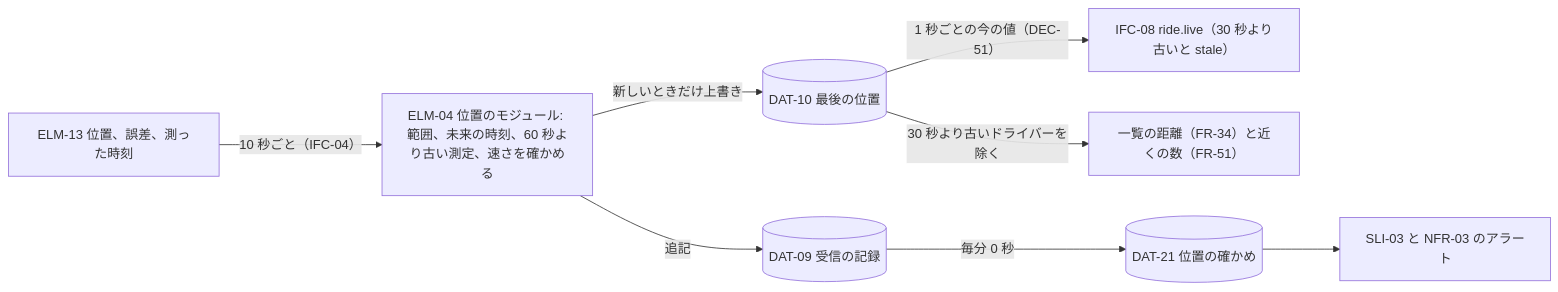
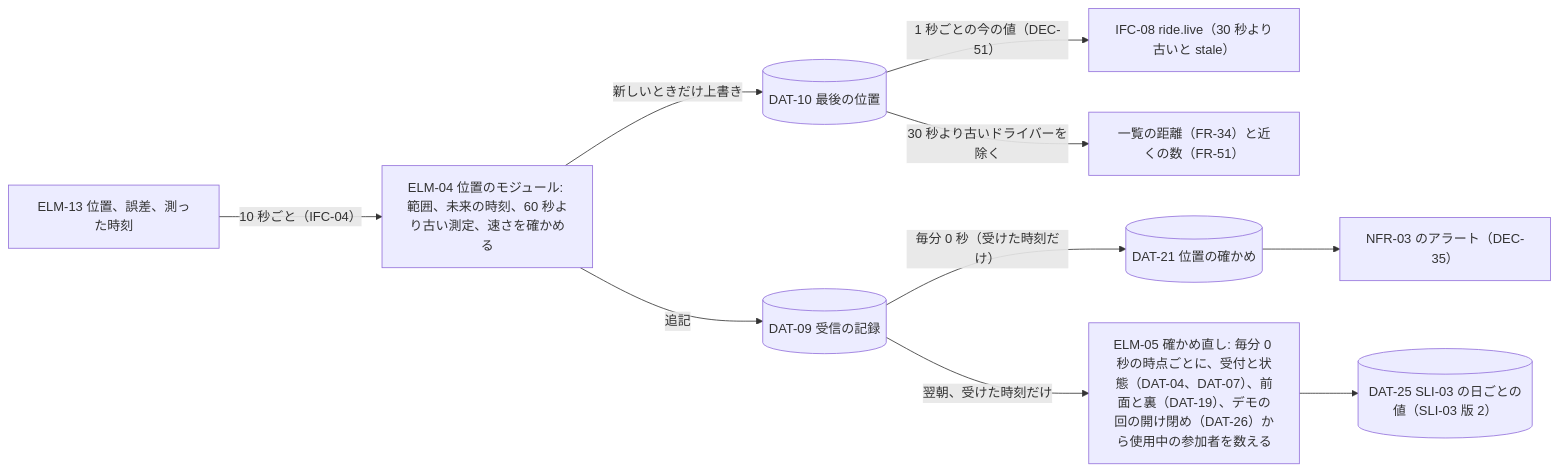
One commit to Taro000/ride-hailing-app-demo changed diagram 34 of 44 in docs/design/3-high-level-design.md. Above: the diagram before and after it, drawn with Mermaid. The commit also changed other lines of this file and 92 other files, not shown here.

First line of the commit message:
architecture-to-high-level-design 再実行: 指摘 FND-30〜43・45〜48 を受け入れ、第 2 段階と品質チェーンの再実行に追随する

````diff
--- a/docs/design/3-high-level-design.md
+++ b/docs/design/3-high-level-design.md
@@ -1582,10 +1878,12 @@
 ```mermaid
 flowchart LR
   BC["ELM-13 位置、誤差、測った時刻"] -->|"10 秒ごと（IFC-04）"| LOC["ELM-04 位置のモジュール: 範囲、未来の時刻、60 秒より古い測定、速さを確かめる"]
   LOC -->|"追記"| R[("DAT-09 受信の記録")]
   LOC -->|"新しいときだけ上書き"| LAST[("DAT-10 最後の位置")]
   LAST -->|"1 秒ごとの今の値（DEC-51）"| SSE["IFC-08 ride.live（30 秒より古いと stale）"]
   LAST -->|"30 秒より古いドライバーを除く"| CNT["一覧の距離（FR-34）と近くの数（FR-51）"]
-  R -->|"毎分 0 秒"| CHK[("DAT-21 位置の確かめ")]
-  CHK --> SLI["SLI-03 と NFR-03 のアラート"]
+  R -->|"毎分 0 秒（受けた時刻だけ）"| CHK[("DAT-21 位置の確かめ")]
+  CHK --> ALERT["NFR-03 のアラート（DEC-35）"]
+  R -->|"翌朝、受けた時刻だけ"| RECHECK["ELM-05 確かめ直し: 毎分 0 秒の時点ごとに、受付と状態（DAT-04、DAT-07）、前面と裏（DAT-19）、デモの回の開け閉め（DAT-26）から使用中の参加者を数える"]
+  RECHECK --> SLI[("DAT-25 SLI-03 の日ごとの値（SLI-03 版 2）")]
 ```
````
